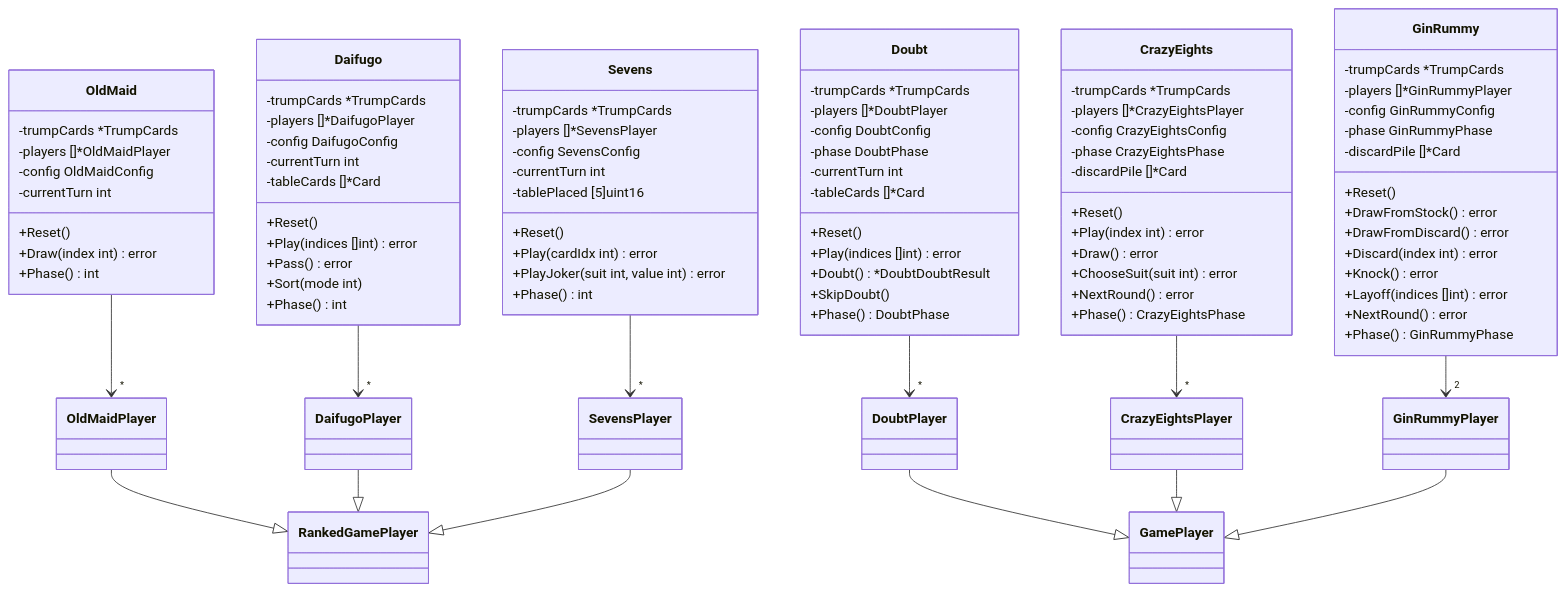
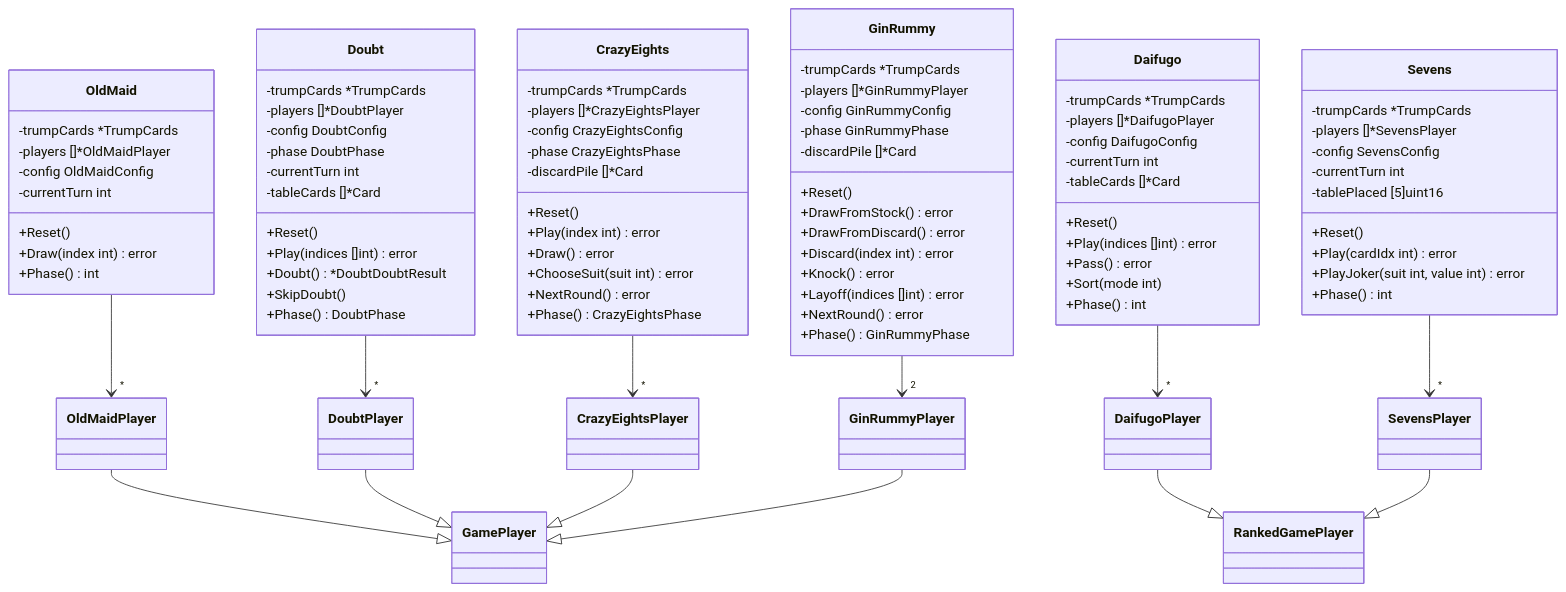
Before and after one commit to yuta-yoshinaga/go_trumpcards: the fifth of 24 diagrams in docs/design/backend.md, drawn with Mermaid. The commit also changed other lines of this file and 1 other file, not shown here.

First line of the commit message:
fix: address PR review feedback for UML design docs

```diff
--- a/docs/design/backend.md
+++ b/docs/design/backend.md
@@ -378,7 +378,7 @@
     Doubt --> "*" DoubtPlayer
     CrazyEights --> "*" CrazyEightsPlayer
     GinRummy --> "2" GinRummyPlayer
-    OldMaidPlayer --|> RankedGamePlayer
+    OldMaidPlayer --|> GamePlayer
     DaifugoPlayer --|> RankedGamePlayer
     SevensPlayer --|> RankedGamePlayer
     DoubtPlayer --|> GamePlayer
```
